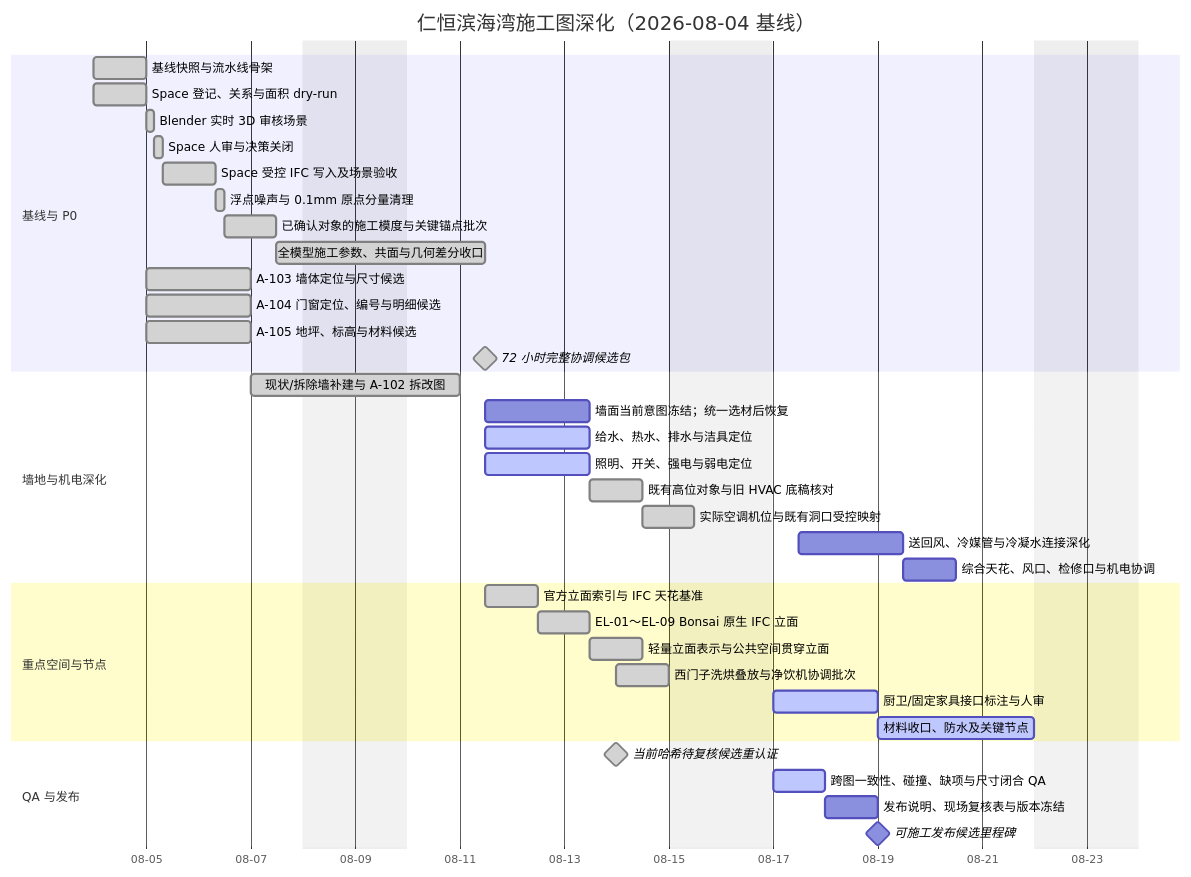
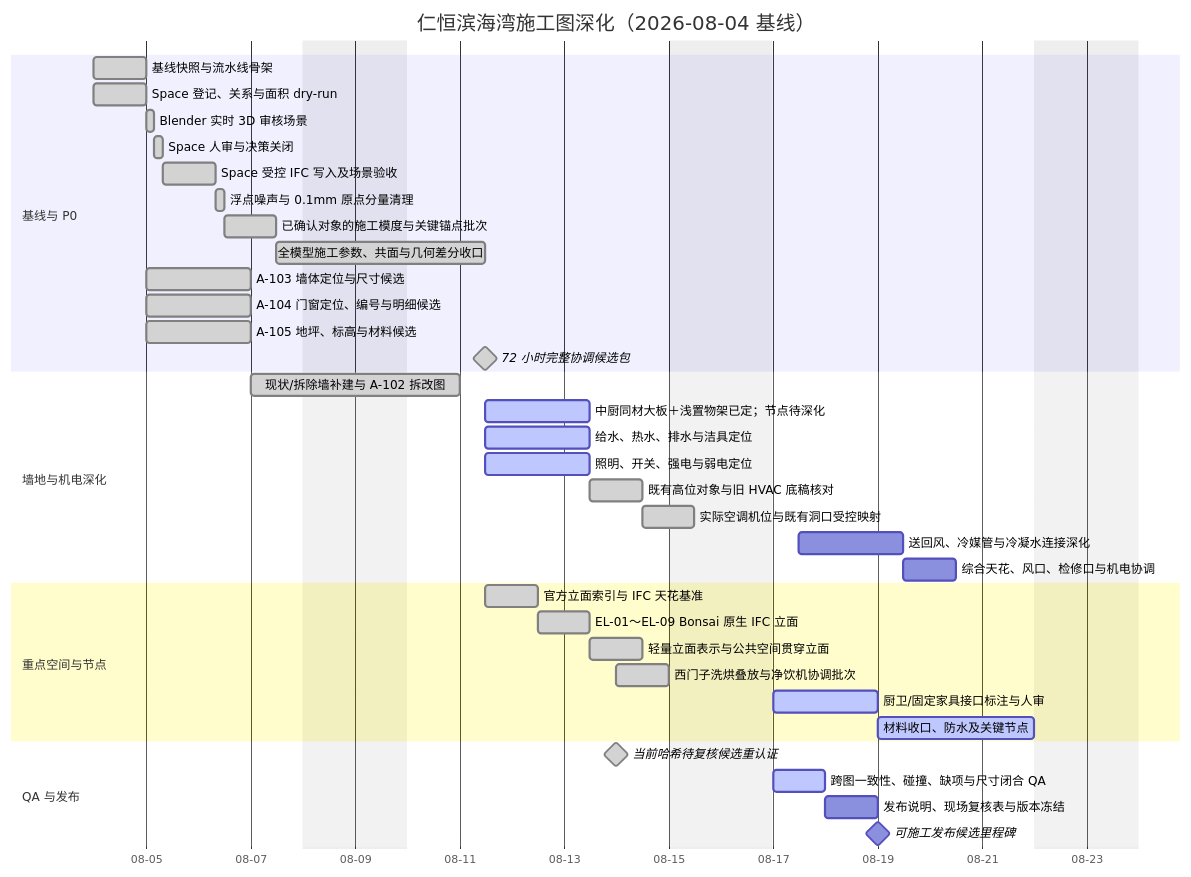
Before and after one commit to Weihan96/2504-GBTB-Yanlord-Zhuhai: the diagram in drawings/滨海湾装修施工图深化工作管理.md, drawn with Mermaid. The commit also changed other lines of this file and 43 other files, not shown here.

````diff
--- a/drawings/滨海湾装修施工图深化工作管理.md
+++ b/drawings/滨海湾装修施工图深化工作管理.md
@@ -100,45 +104,45 @@
 ```mermaid
 gantt
     title 仁恒滨海湾施工图深化（2026-08-04 基线）
     dateFormat  YYYY-MM-DD
     axisFormat  %m-%d
     excludes    weekends
 
     section 基线与 P0
     基线快照与流水线骨架                 :done, M000, 2026-08-04, 1d
     Space 登记、关系与面积 dry-run       :done, S001, 2026-08-04, 1d
     Blender 实时 3D 审核场景              :done, S002A, after S001, 4h
     Space 人审与决策关闭                 :done, S002, after S002A, 4h
     Space 受控 IFC 写入及场景验收         :done, S003, after S002, 1d
     浮点噪声与 0.1mm 原点分量清理          :done, C001, after S003, 4h
     已确认对象的施工模度与关键锚点批次       :done, C002, after C001, 1d
     全模型施工参数、共面与几何差分收口       :done, C003, after C002, 2d
     A-103 墙体定位与尺寸候选              :done, A103, after S001, 2d
     A-104 门窗定位、编号与明细候选         :done, A104, after S001, 2d
     A-105 地坪、标高与材料候选             :done, A105, after S001, 2d
     72 小时完整协调候选包                 :milestone, done, M072, after C003 A103 A104 A105, 0d
 
     section 墙地与机电深化
     现状/拆除墙补建与 A-102 拆改图         :done, A102, after A103, 2d
-    墙面当前意图冻结；统一选材后恢复         :WFIN, after M072, 2d
+    中厨同材大板＋浅置物架已定；节点待深化     :active, WFIN, after M072, 2d
     给水、热水、排水与洁具定位             :active, PLUM, after M072, 2d
     照明、开关、强电与弱电定位             :active, ELEC, after M072, 2d
     既有高位对象与旧 HVAC 底稿核对          :done, RCP1A, after ELEC, 1d
     实际空调机位与既有洞口受控映射          :done, RCP1B, after RCP1A, 1d
     送回风、冷媒管与冷凝水连接深化           :RCP1C, after RCP1B, 2d
     综合天花、风口、检修口与机电协调        :RCP1, after RCP1C, 1d
 
     section 重点空间与节点
     官方立面索引与 IFC 天花基准             :done, INT1A, after M072, 1d
     EL-01～EL-09 Bonsai 原生 IFC 立面       :done, INT1B, after INT1A, 1d
     轻量立面表示与公共空间贯穿立面            :done, INT1B2, after INT1B, 1d
     西门子洗烘叠放与净饮机协调批次          :done, APP17, 2026-08-14, 1d
     厨卫/固定家具接口标注与人审             :active, INT1, after APP17, 2d
     材料收口、防水及关键节点               :active, DET1, after INT1, 3d
 
     section QA 与发布
     当前哈希待复核候选重认证                :milestone, done, MREV, 2026-08-14, 0d
     跨图一致性、碰撞、缺项与尺寸闭合 QA     :active, QA01, 2026-08-17, 1d
     发布说明、现场复核表与版本冻结           :REL1, 2026-08-18, 1d
     可施工发布候选里程碑                   :milestone, MREL, 2026-08-19, 0d
 ```
````
